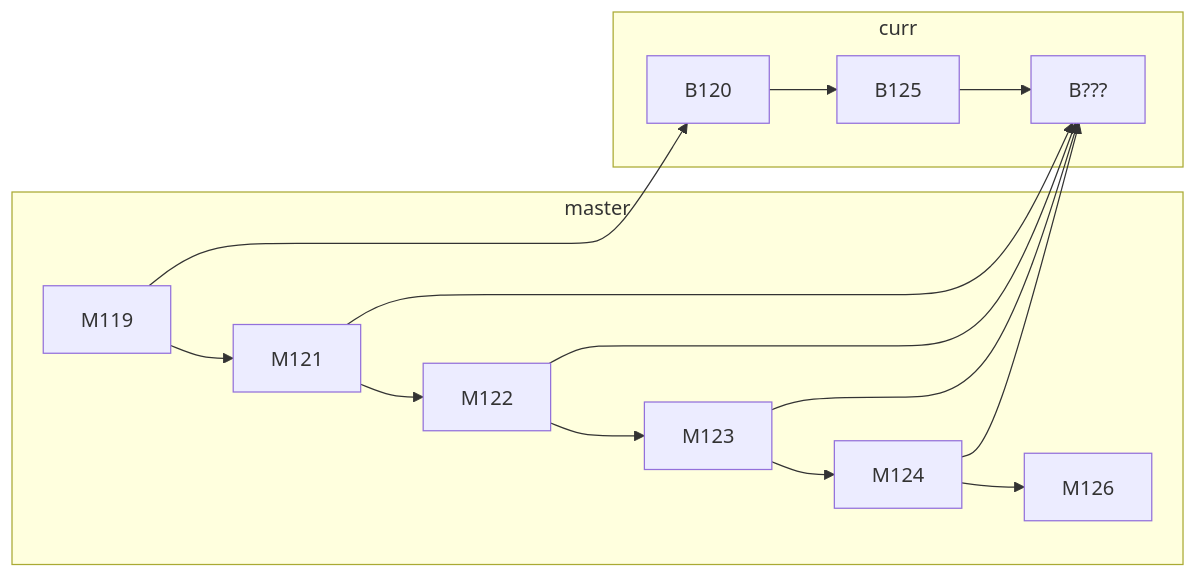
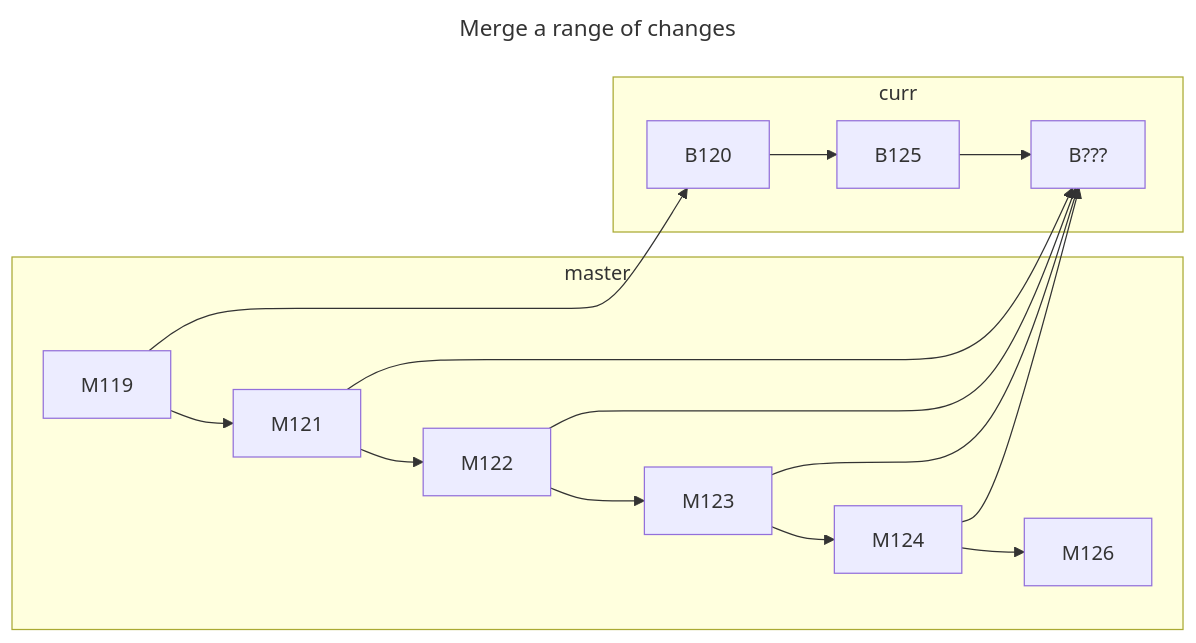
Before and after one commit to lankahsu520/HelperX: the sixth of 12 diagrams in helper_SVNvsGit.md, drawn with Mermaid. The commit also changed other lines of this file, not shown here.

````diff
--- a/helper_SVNvsGit.md
+++ b/helper_SVNvsGit.md
@@ -702,15 +702,18 @@
 ```mermaid
+---
+title: Merge a range of changes
+---
 flowchart LR
 
 	subgraph master
 		M119 --> M121--> M122 --> M123 --> M124 --> M126
 	end
 	subgraph curr
 		B120 --> B125 --> B???
 	end
 	M119--> B120
 	M121 --> B???
 	M122 --> B???
 	M123 --> B???
 	M124 --> B???
 ```
````
